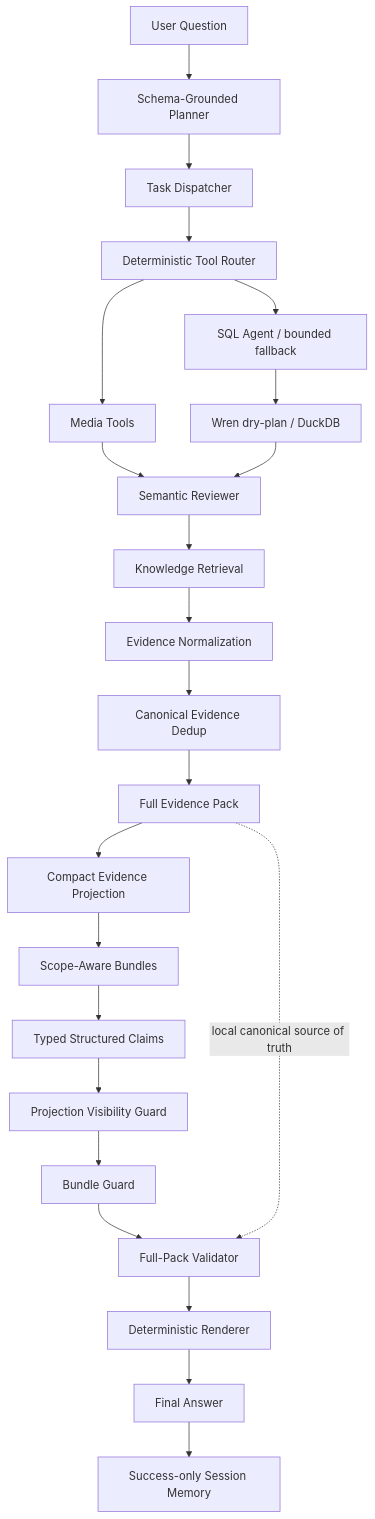
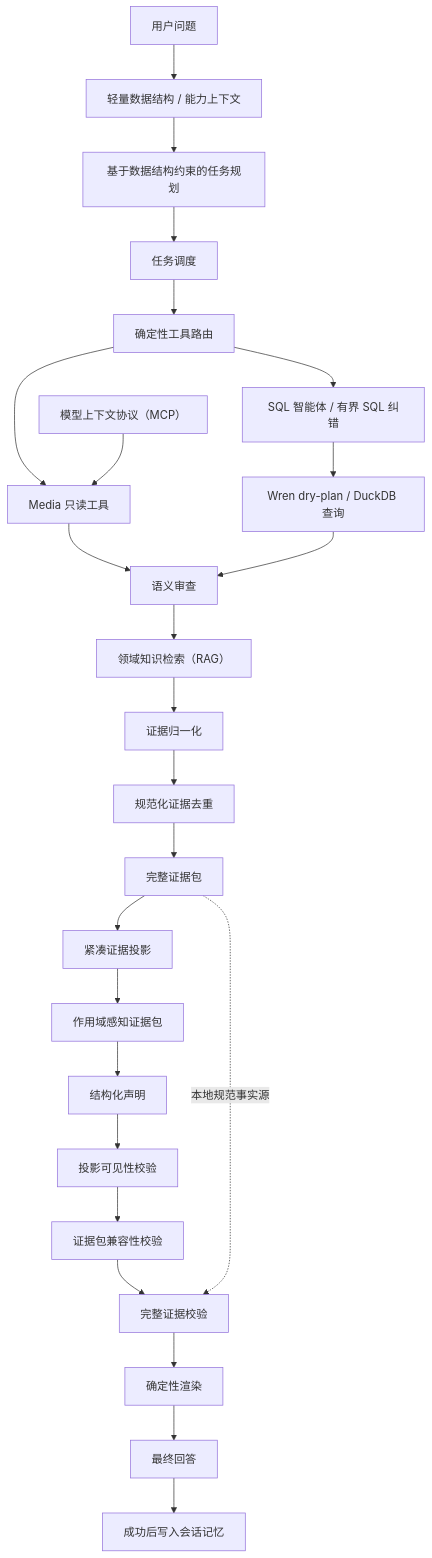
The diagram in README.md (qdwssly1/DataPilot-Media), drawn with Mermaid before and after one commit. The commit also changed other lines of this file, not shown here.

````diff
--- a/README.md
+++ b/README.md
@@ -54,25 +34,27 @@
 ```mermaid
 flowchart TD
-    U[User Question] --> P[Schema-Grounded Planner]
-    P --> D[Task Dispatcher]
-    D --> R[Deterministic Tool Router]
-    R --> MT[Media Tools]
-    R --> SQL[SQL Agent / bounded fallback]
-    MT --> REV[Semantic Reviewer]
-    SQL --> W[Wren dry-plan / DuckDB]
+    U["用户问题"] --> C["轻量数据结构 / 能力上下文"]
+    C --> P["基于数据结构约束的任务规划"]
+    P --> D["任务调度"]
+    D --> R["确定性工具路由"]
+    R --> MT["Media 只读工具"]
+    R --> SQL["SQL 智能体 / 有界 SQL 纠错"]
+    MCP["模型上下文协议（MCP）"] --> MT
+    MT --> REV["语义审查"]
+    SQL --> W["Wren dry-plan / DuckDB 查询"]
     W --> REV
-    REV --> KR[Knowledge Retrieval]
-    KR --> EN[Evidence Normalization]
-    EN --> CD[Canonical Evidence Dedup]
-    CD --> FP[Full Evidence Pack]
-    FP --> CP[Compact Evidence Projection]
-    CP --> SB[Scope-Aware Bundles]
-    SB --> SC[Typed Structured Claims]
-    SC --> PG[Projection Visibility Guard]
-    PG --> BG[Bundle Guard]
-    BG --> FV[Full-Pack Validator]
-    FV --> DR[Deterministic Renderer]
-    DR --> FA[Final Answer]
-    FA --> SM[Success-only Session Memory]
-    FP -. local canonical source of truth .-> FV
+    REV --> KR["领域知识检索（RAG）"]
+    KR --> EN["证据归一化"]
+    EN --> CD["规范化证据去重"]
+    CD --> FP["完整证据包"]
+    FP --> CP["紧凑证据投影"]
+    CP --> SB["作用域感知证据包"]
+    SB --> SC["结构化声明"]
+    SC --> PG["投影可见性校验"]
+    PG --> BG["证据包兼容性校验"]
+    BG --> FV["完整证据校验"]
+    FV --> DR["确定性渲染"]
+    DR --> FA["最终回答"]
+    FA --> SM["成功后写入会话记忆"]
+    FP -. "本地规范事实源" .-> FV
 ```
````
